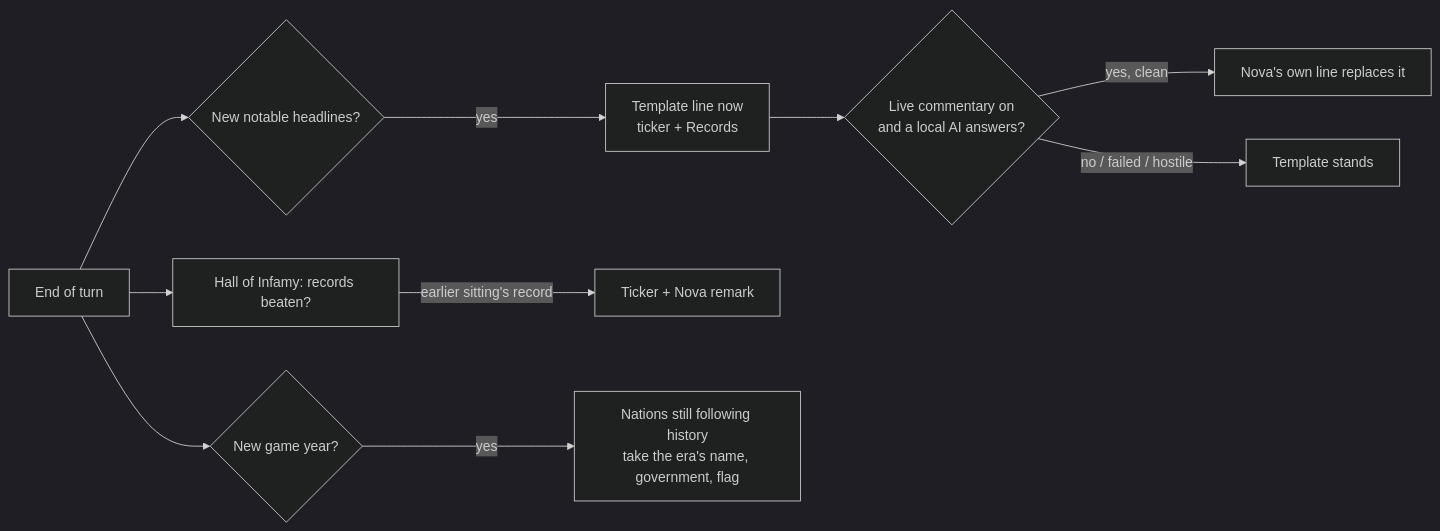
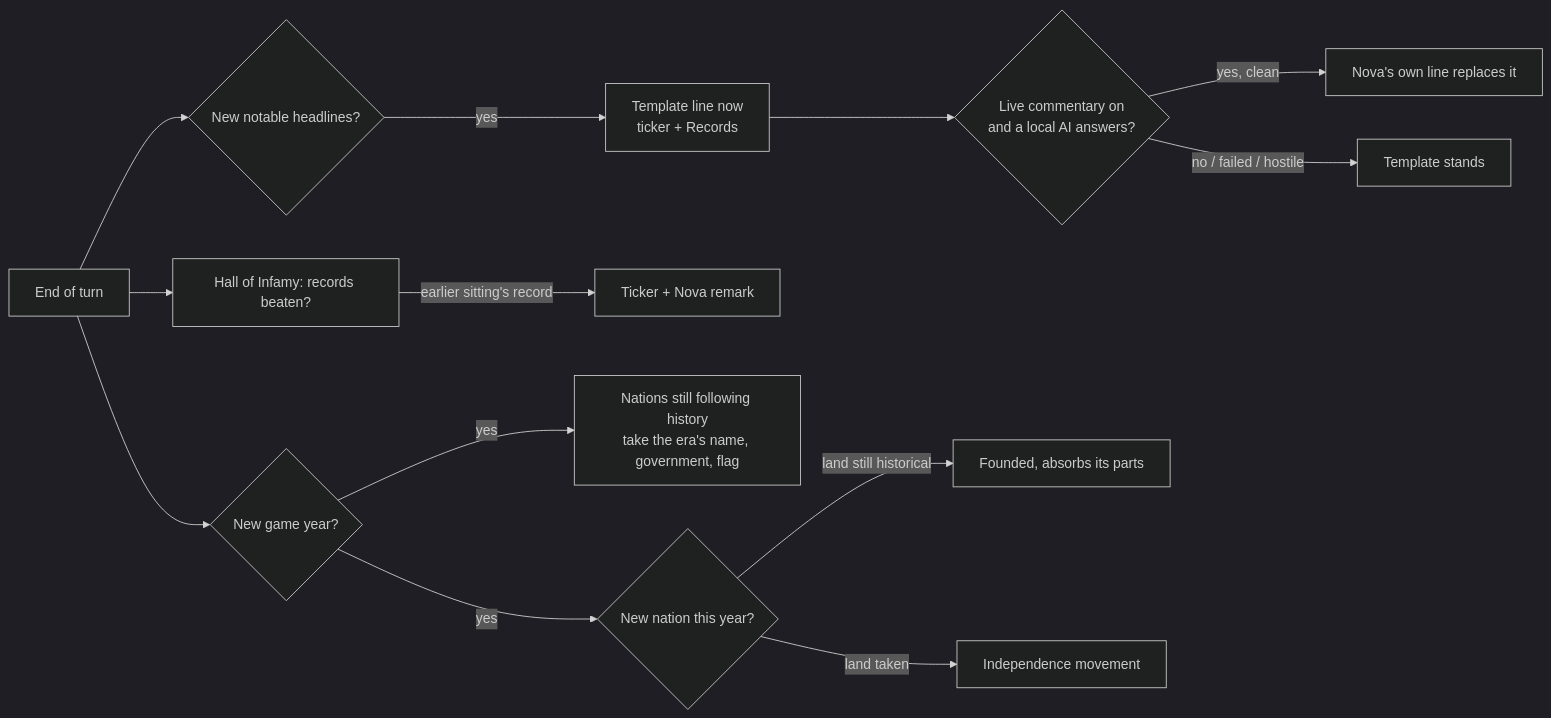
One commit to kochj23/GTNW changed the third of 20 diagrams in README.md. Above: the diagram before and after it, drawn with Mermaid (dark theme). The commit also changed other lines of this file and 6 other files, not shown here.

````diff
--- a/README.md
+++ b/README.md
@@ -181,12 +189,15 @@
   ```mermaid
   flowchart LR
       T[End of turn] --> P{New notable headlines?}
       P -- yes --> L[Template line now<br/>ticker + Records]
       L --> G{Live commentary on<br/>and a local AI answers?}
       G -- yes, clean --> R[Nova's own line replaces it]
       G -- no / failed / hostile --> K[Template stands]
       T --> H[Hall of Infamy: records beaten?]
       H -- earlier sitting's record --> A[Ticker + Nova remark]
       T --> E{New game year?}
       E -- yes --> N[Nations still following history<br/>take the era's name, government, flag]
+      E -- yes --> F{New nation this year?}
+      F -- land still historical --> FN[Founded, absorbs its parts]
+      F -- land taken --> IM[Independence movement]
   ```
````
